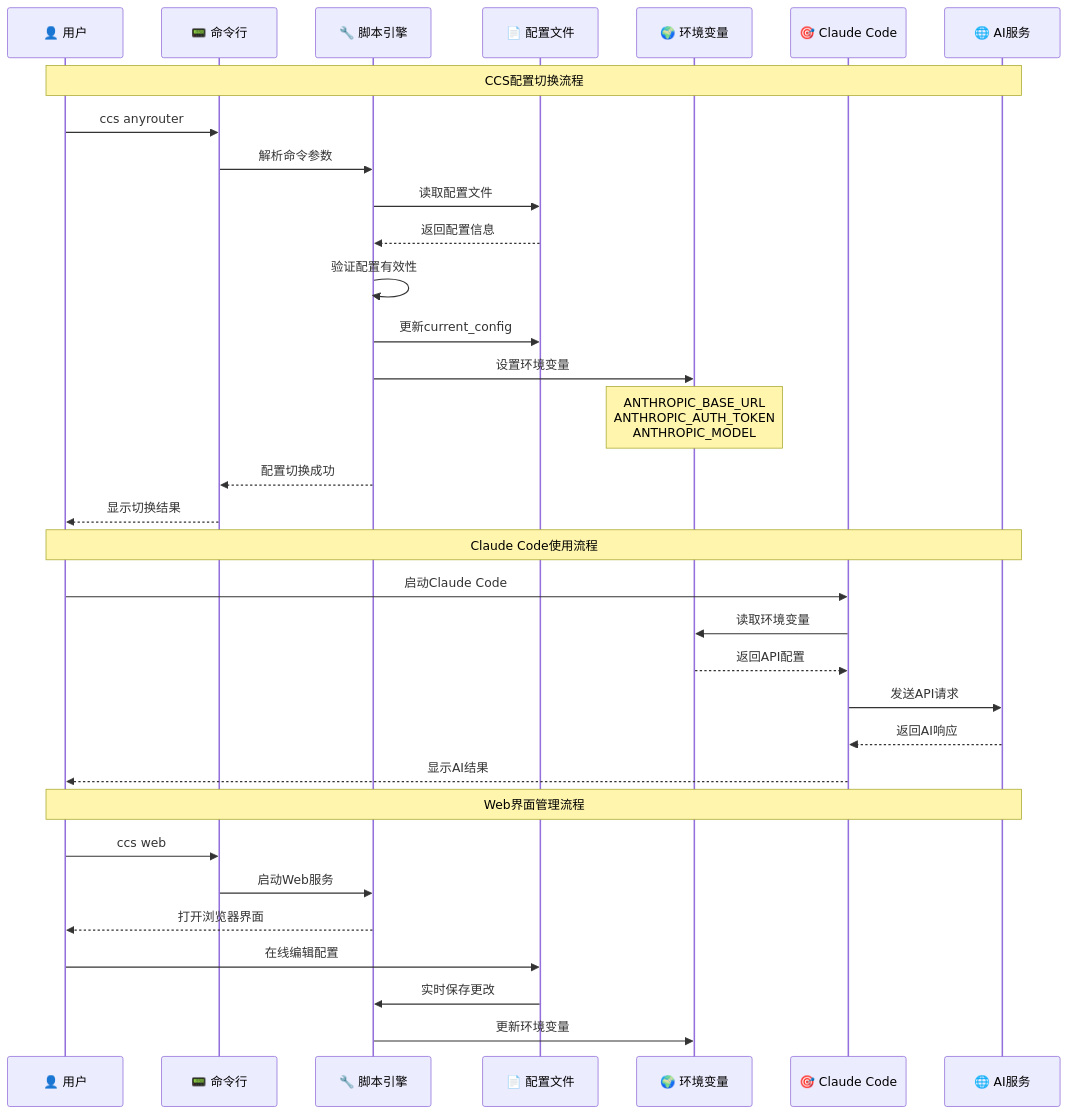
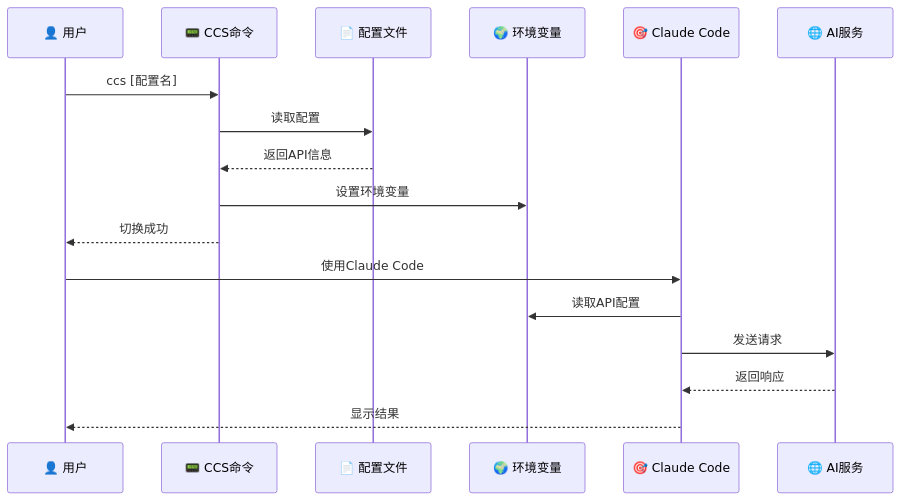
One commit to bahayonghang/ccs changed the diagram in README.md. Above: the diagram before and after it, drawn with Mermaid. The commit also changed other lines of this file, not shown here.

````diff
--- a/README.md
+++ b/README.md
@@ -294,41 +129,21 @@
 ```mermaid
 sequenceDiagram
     participant User as 👤 用户
-    participant CLI as 📟 命令行
-    participant Script as 🔧 脚本引擎
+    participant CLI as 📟 CCS命令
     participant Config as 📄 配置文件
     participant Env as 🌍 环境变量
     participant Claude as 🎯 Claude Code
     participant API as 🌐 AI服务
     
-    Note over User,API: CCS配置切换流程
+    User->>CLI: ccs [配置名]
+    CLI->>Config: 读取配置
+    Config-->>CLI: 返回API信息
+    CLI->>Env: 设置环境变量
+    CLI-->>User: 切换成功
     
-    User->>CLI: ccs anyrouter
-    CLI->>Script: 解析命令参数
-    Script->>Config: 读取配置文件
-    Config-->>Script: 返回配置信息
-    Script->>Script: 验证配置有效性
-    Script->>Config: 更新current_config
-    Script->>Env: 设置环境变量
-    Note over Env: ANTHROPIC_BASE_URL<br/>ANTHROPIC_AUTH_TOKEN<br/>ANTHROPIC_MODEL
-    Script-->>CLI: 配置切换成功
-    CLI-->>User: 显示切换结果
-    
-    Note over User,API: Claude Code使用流程
-    
-    User->>Claude: 启动Claude Code
-    Claude->>Env: 读取环境变量
-    Env-->>Claude: 返回API配置
-    Claude->>API: 发送API请求
-    API-->>Claude: 返回AI响应
-    Claude-->>User: 显示AI结果
-    
-    Note over User,API: Web界面管理流程
-    
-    User->>CLI: ccs web
-    CLI->>Script: 启动Web服务
-    Script-->>User: 打开浏览器界面
-    User->>Config: 在线编辑配置
-    Config->>Script: 实时保存更改
-    Script->>Env: 更新环境变量
+    User->>Claude: 使用Claude Code
+    Claude->>Env: 读取API配置
+    Claude->>API: 发送请求
+    API-->>Claude: 返回响应
+    Claude-->>User: 显示结果
 ```
````
